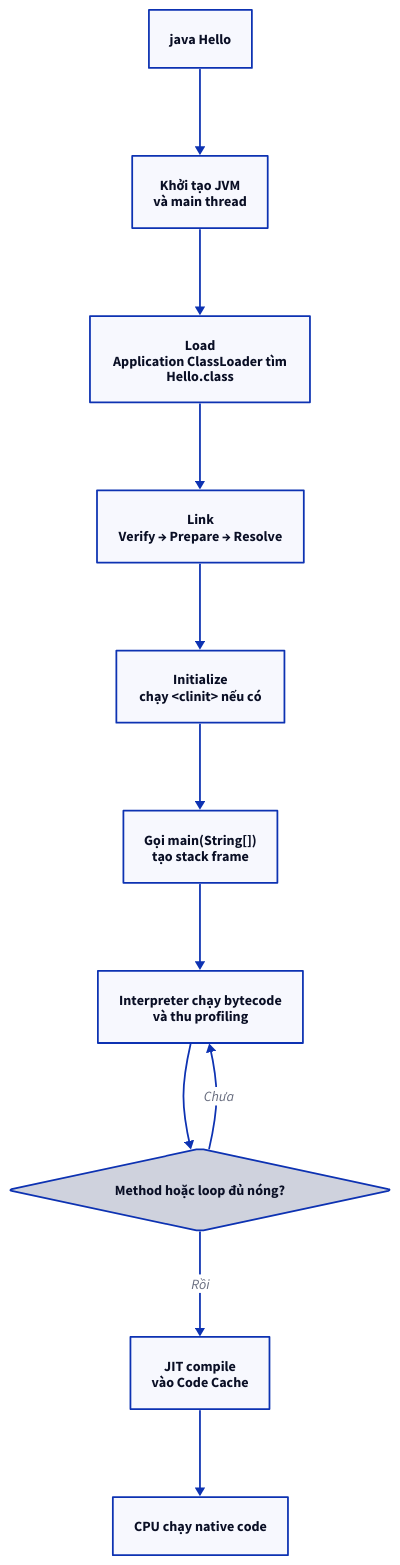
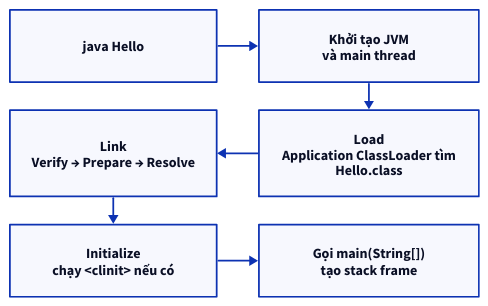
One commit to vanhiep99w/java-learn changed the fourth of 7 diagrams in content/docs/jvm/jvm-jdk-jre.md. Above: the diagram before and after it, drawn with D2. The commit also changed other lines of this file and 62 other files, not shown here.

Commit message:
feat(docs): upgrade docs-kit and optimize diagram layouts

````diff
--- a/content/docs/jvm/jvm-jdk-jre.md
+++ b/content/docs/jvm/jvm-jdk-jre.md
@@ -265,23 +265,17 @@
-```d2 title="7. JVM hoạt động như thế nào khi chạy một file .class?"
-direction: down
+```d2 title="Chạy java Hello: khởi động, load/link/init và gọi main"
+grid-rows: 3
+grid-columns: 2
+horizontal-gap: 48
+vertical-gap: 32
 n_A: "java Hello"
 n_B: "Khởi tạo JVM\nvà main thread"
+n_D: "Link\nVerify → Prepare → Resolve"
 n_C: "Load\nApplication ClassLoader tìm\nHello.class"
-n_D: "Link\nVerify → Prepare → Resolve"
 n_E: "Initialize\nchạy <clinit> nếu có"
 n_F: "Gọi main(String[])\ntạo stack frame"
-n_G: "Interpreter chạy bytecode\nvà thu profiling"
-n_H: "Method hoặc loop đủ nóng?" { shape: diamond }
-n_I: "JIT compile\nvào Code Cache"
-n_J: "CPU chạy native code"
 n_A -> n_B
 n_B -> n_C
 n_C -> n_D
 n_D -> n_E
 n_E -> n_F
-n_F -> n_G
-n_G -> n_H
-n_H -> n_G: "Chưa"
-n_H -> n_I: "Rồi"
-n_I -> n_J
 ```
````
